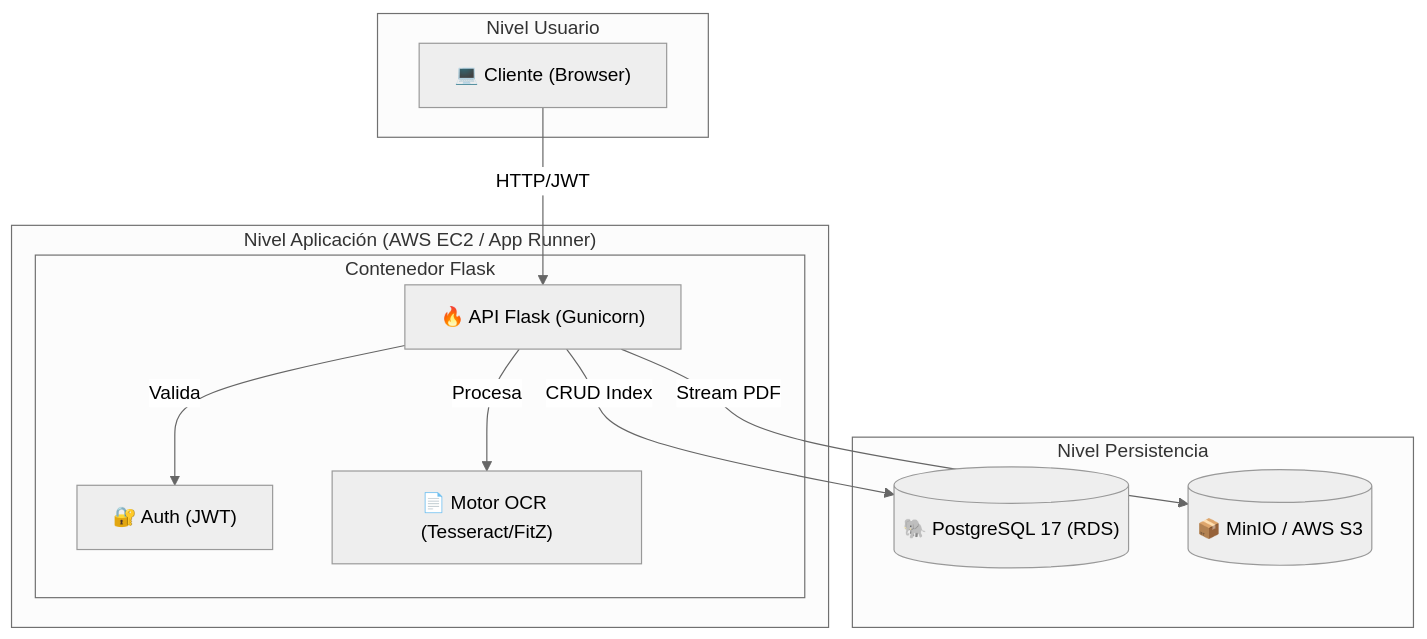
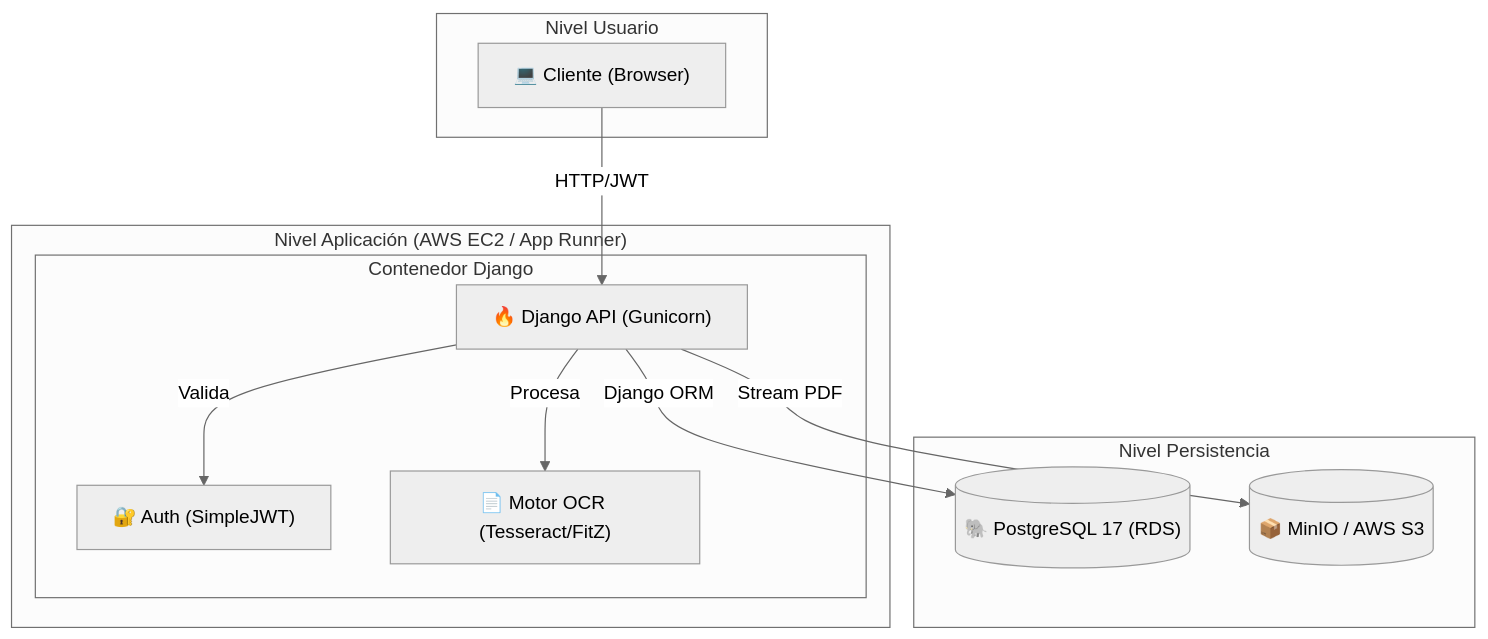
Before and after one commit to EstebanCabreraArbizu/PDF-search-with-minio: the first of 3 diagrams in README.md, drawn with Mermaid (neutral theme). The commit also changed other lines of this file and 18 other files, not shown here.

Commit message:
docs: actualizar README y marcar flask_project como legado tras migracion a django

````diff
--- a/README.md
+++ b/README.md
@@ -111,25 +114,25 @@
 ```mermaid
 graph TD
     subgraph "Nivel Usuario"
         Client["💻 Cliente (Browser)"]
     end
 
     subgraph "Nivel Aplicación (AWS EC2 / App Runner)"
-        subgraph "Contenedor Flask"
-            API["🔥 API Flask (Gunicorn)"]
-            Auth["🔐 Auth (JWT)"]
+        subgraph "Contenedor Django"
+            API["🔥 Django API (Gunicorn)"]
+            Auth["🔐 Auth (SimpleJWT)"]
             OCR["📄 Motor OCR (Tesseract/FitZ)"]
         end
     end
 
     subgraph "Nivel Persistencia"
         Postgres[("🐘 PostgreSQL 17 (RDS)")]
         MinIO[("📦 MinIO / AWS S3")]
     end
 
     Client -- "HTTP/JWT" --> API
-    API -- "CRUD Index" --> Postgres
+    API -- "Django ORM" --> Postgres
     API -- "Stream PDF" --> MinIO
     API -- "Valida" --> Auth
     API -- "Procesa" --> OCR
 ```
````
